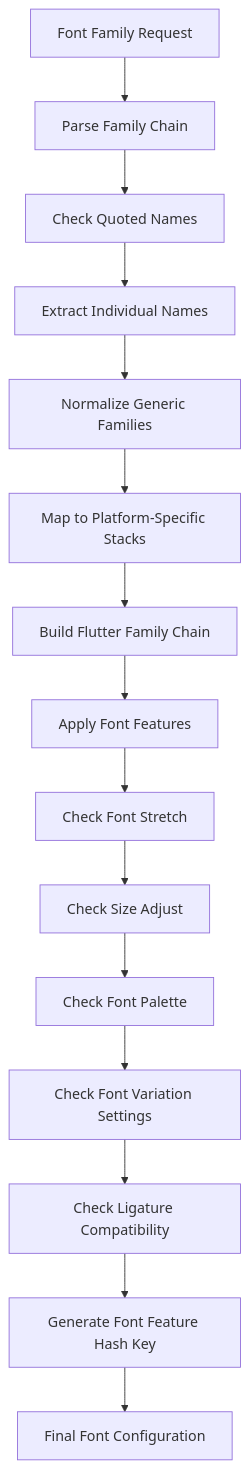
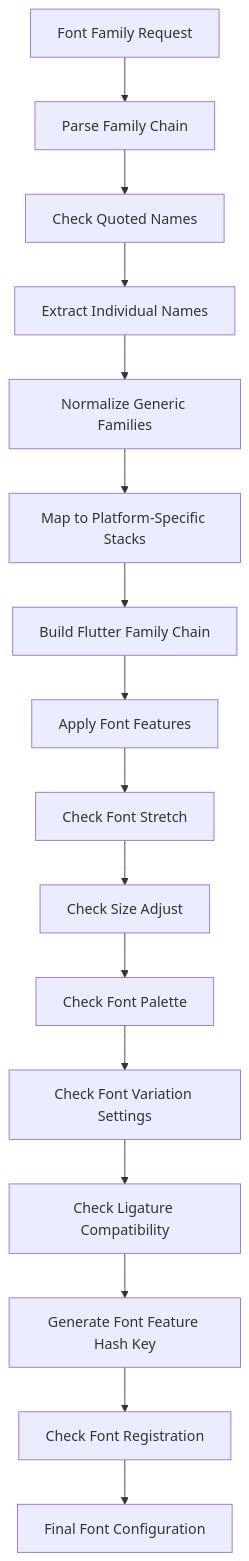
Before and after one commit to denisnadey/flutter_full_svg_support: diagram 13 of 18 in .qoder/repowiki/en/content/Animated SVG Support/Advanced Animation Features/Enhanced Text Styling System/Enhanced Text Styling System.md, drawn with Mermaid. The commit also changed other lines of this file and 33 other files, not shown here.

````diff
--- a/.qoder/repowiki/en/content/Animated SVG Support/Advanced Animation Features/Enhanced Text Styling System/Enhanced Text Styling System.md
+++ b/.qoder/repowiki/en/content/Animated SVG Support/Advanced Animation Features/Enhanced Text Styling System/Enhanced Text Styling System.md
@@ -471,17 +682,18 @@
 ```mermaid
 flowchart TD
 FontRequest[Font Family Request] --> ParseChain["Parse Family Chain"]
 ParseChain --> CheckQuoted["Check Quoted Names"]
 CheckQuoted --> ExtractNames["Extract Individual Names"]
 ExtractNames --> NormalizeGeneric["Normalize Generic Families"]
 NormalizeGeneric --> MapGeneric["Map to Platform-Specific Stacks"]
 MapGeneric --> BuildChain["Build Flutter Family Chain"]
 BuildChain --> ApplyFeatures["Apply Font Features"]
 ApplyFeatures --> CheckStretch["Check Font Stretch"]
 CheckStretch --> CheckAdjust["Check Size Adjust"]
 CheckAdjust --> CheckPalette["Check Font Palette"]
 CheckPalette --> CheckVariation["Check Font Variation Settings"]
 CheckVariation --> CheckLigatureCompat["Check Ligature Compatibility"]
 CheckLigatureCompat --> CheckHashKey["Generate Font Feature Hash Key"]
-CheckHashKey --> FinalFont[Final Font Configuration]
+CheckHashKey --> CheckRegistration["Check Font Registration"]
+CheckRegistration --> FinalFont[Final Font Configuration]
 ```
````
